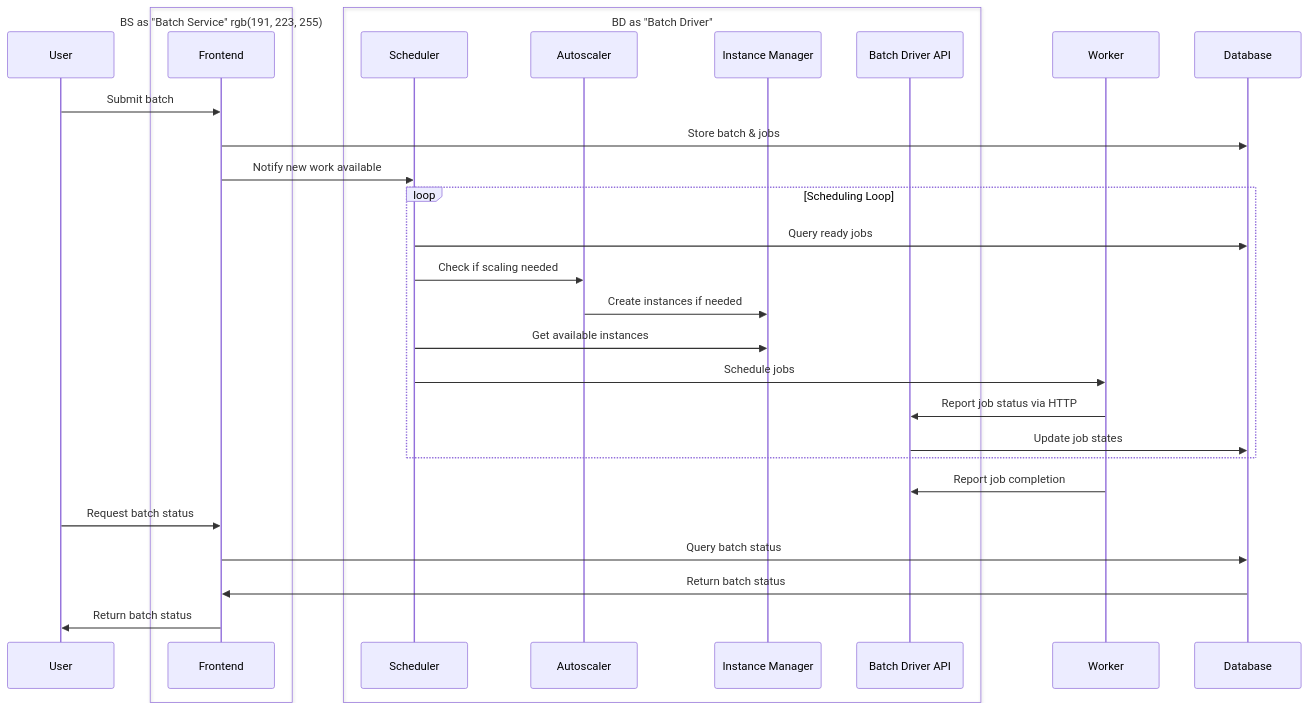
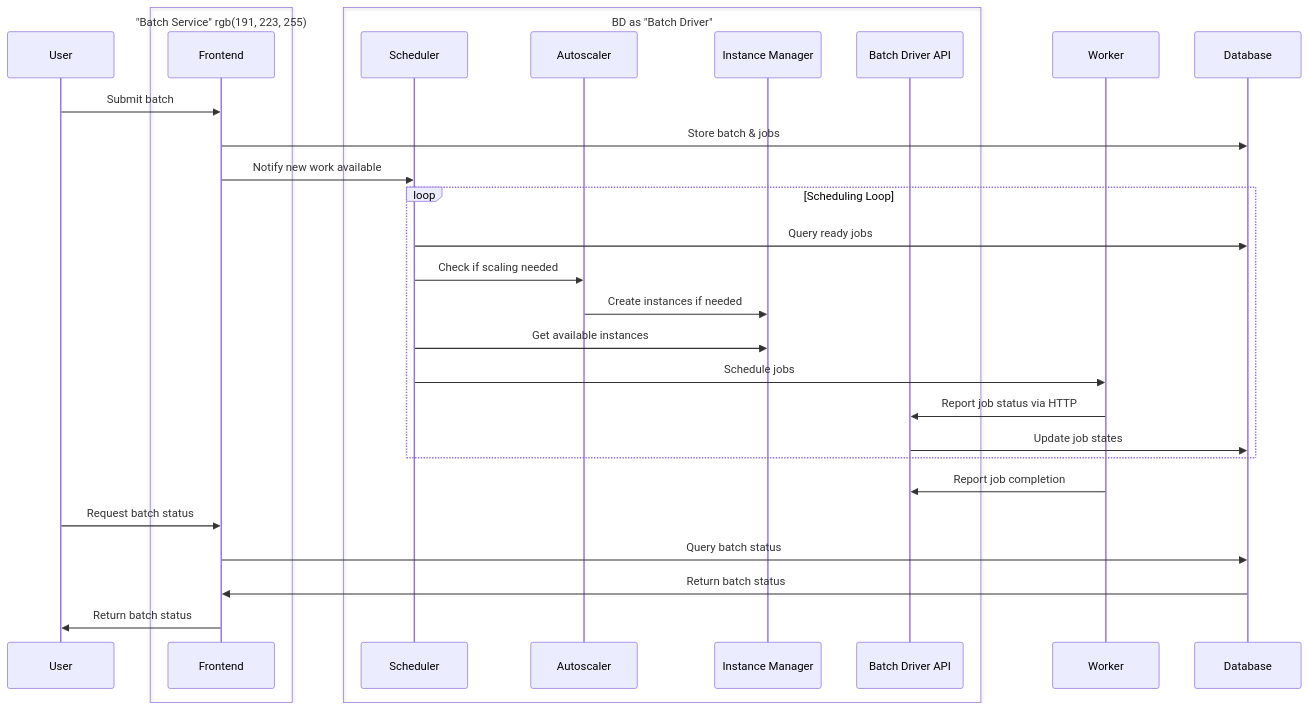
The ninth of 9 diagrams in dev-docs/services/batch/code-structure.md (cjllanwarne/hail), drawn with Mermaid before and after one commit.

````diff
--- a/dev-docs/services/batch/code-structure.md
+++ b/dev-docs/services/batch/code-structure.md
@@ -388,40 +388,40 @@
 ```mermaid
 sequenceDiagram
     participant U as User
 
-    box BS as "Batch Service" rgb(191, 223, 255)
+    box "Batch Service" rgb(191, 223, 255)
         participant FE as Frontend
     end
     
 
     box BD as "Batch Driver"
         participant SC as Scheduler
         participant AS as Autoscaler
         participant ICM as Instance Manager    
         participant BDAPI as Batch Driver API
     end
 
 
     participant W as Worker
     participant DB as Database
 
     U->>FE: Submit batch
     FE->>DB: Store batch & jobs
     FE->>SC: Notify new work available
     
     loop Scheduling Loop
         SC->>DB: Query ready jobs
         SC->>AS: Check if scaling needed
         AS->>ICM: Create instances if needed
         SC->>ICM: Get available instances
         SC->>W: Schedule jobs
         W->>BDAPI: Report job status via HTTP
         BDAPI->>DB: Update job states
     end
     
     W->>BDAPI: Report job completion
     U->>FE: Request batch status
     FE->>DB: Query batch status
     DB->>FE: Return batch status
     FE->>U: Return batch status
 ```
````
